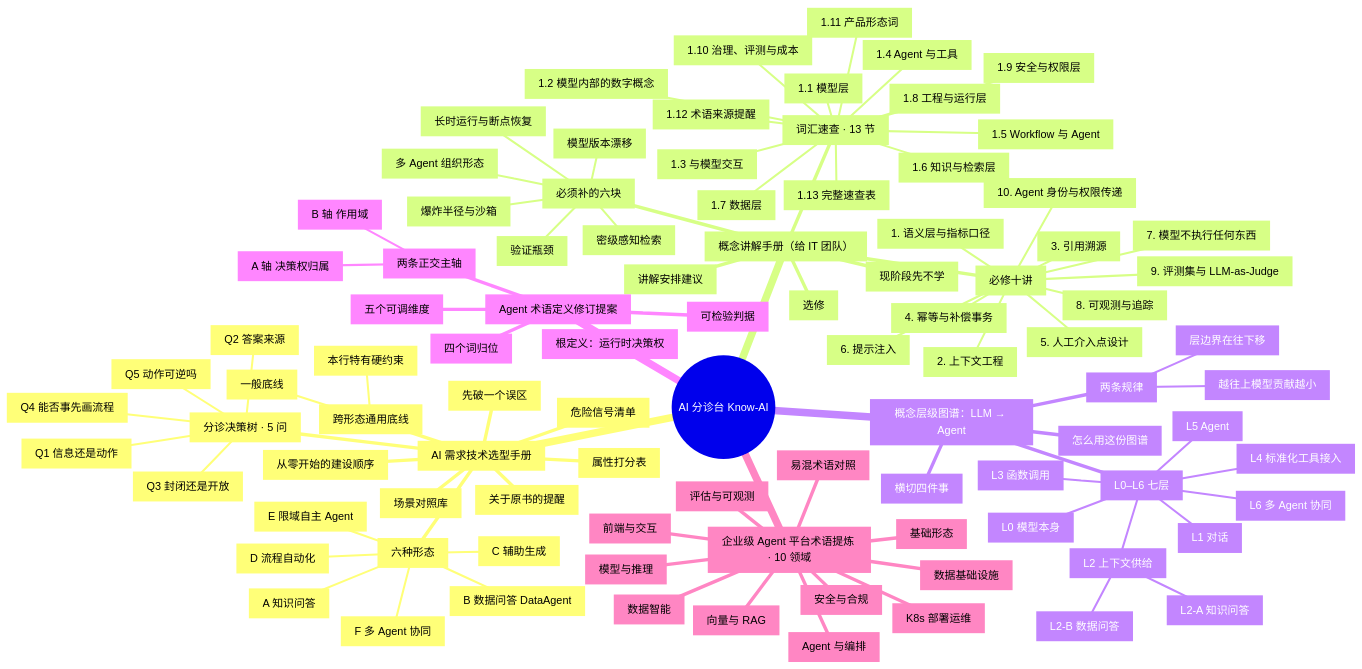
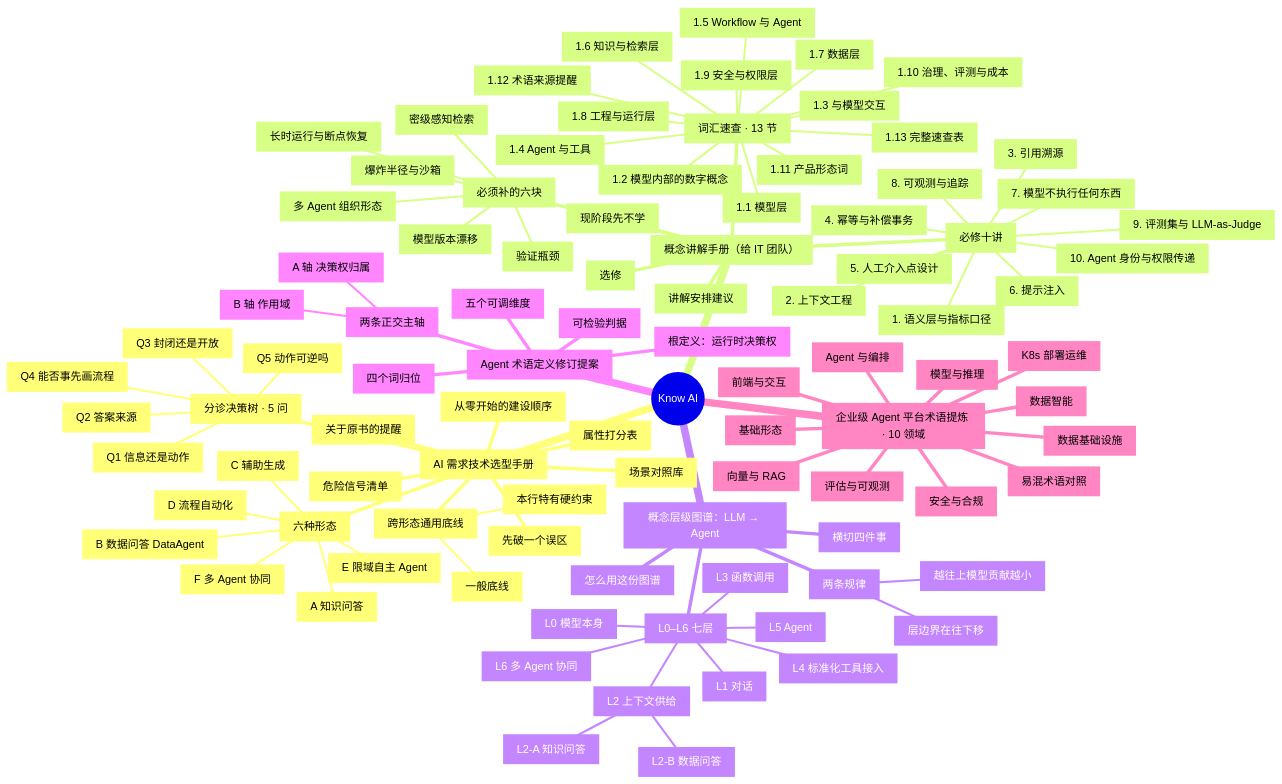
One commit to pz1130/Know-AI changed the diagram in web/public/docs/思维导图_全景.md. Above: the diagram before and after it, drawn with Mermaid. The commit also changed other lines of this file and 13 other files, not shown here.

Commit message:
feat(mindmap): real SVG mind map (balanced/radial/tree, pan-zoom, path highlight) + rebrand to Know AI

````diff
--- a/web/public/docs/思维导图_全景.md
+++ b/web/public/docs/思维导图_全景.md
@@ -14,6 +14,6 @@
 ```mermaid
 mindmap
-  root(("AI 分诊台 Know-AI"))
+  root(("Know AI"))
     n1["AI 需求技术选型手册"]
       n2["先破一个误区"]
       n3["分诊决策树 · 5 问"]
````
